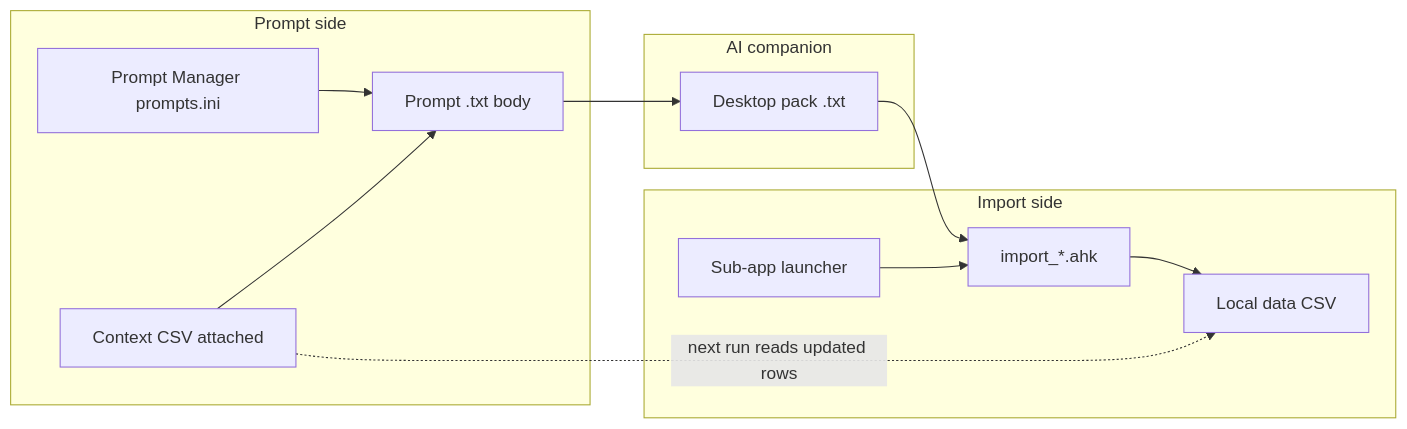
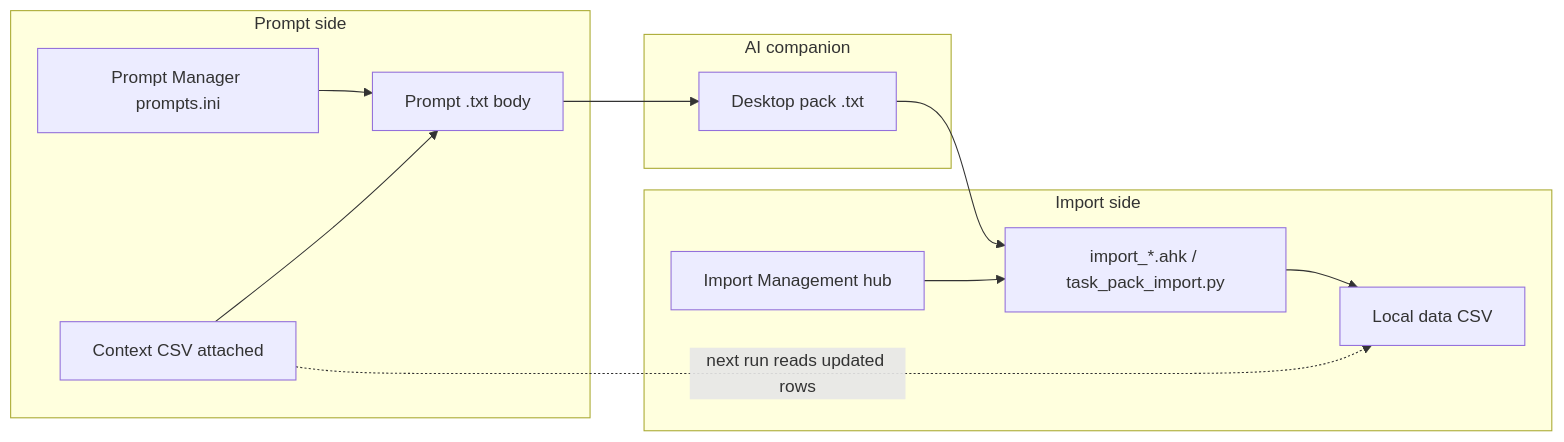
Before and after one commit to duducm2/scripts: the diagram in docs/prompt-data-output-and-finance-packs.md, drawn with Mermaid. The commit also changed other lines of this file and 10 other files, not shown here.

````diff
--- a/docs/prompt-data-output-and-finance-packs.md
+++ b/docs/prompt-data-output-and-finance-packs.md
@@ -98,23 +98,23 @@
 ```mermaid
 flowchart LR
   subgraph promptSide [Prompt side]
     PromptMgr["Prompt Manager prompts.ini"]
     PromptBody["Prompt .txt body"]
     ContextCsv["Context CSV attached"]
   end
   subgraph aiSide [AI companion]
     Pack["Desktop pack .txt"]
   end
   subgraph importSide [Import side]
-    Launcher["Sub-app launcher"]
-    Importer["import_*.ahk"]
+    Hub["Import Management hub"]
+    Importer["import_*.ahk / task_pack_import.py"]
     LocalCsv["Local data CSV"]
   end
   PromptMgr --> PromptBody
   ContextCsv --> PromptBody
   PromptBody --> Pack
   Pack --> Importer
-  Launcher --> Importer
+  Hub --> Importer
   Importer --> LocalCsv
   ContextCsv -.->|"next run reads updated rows"| LocalCsv
 ```
````
